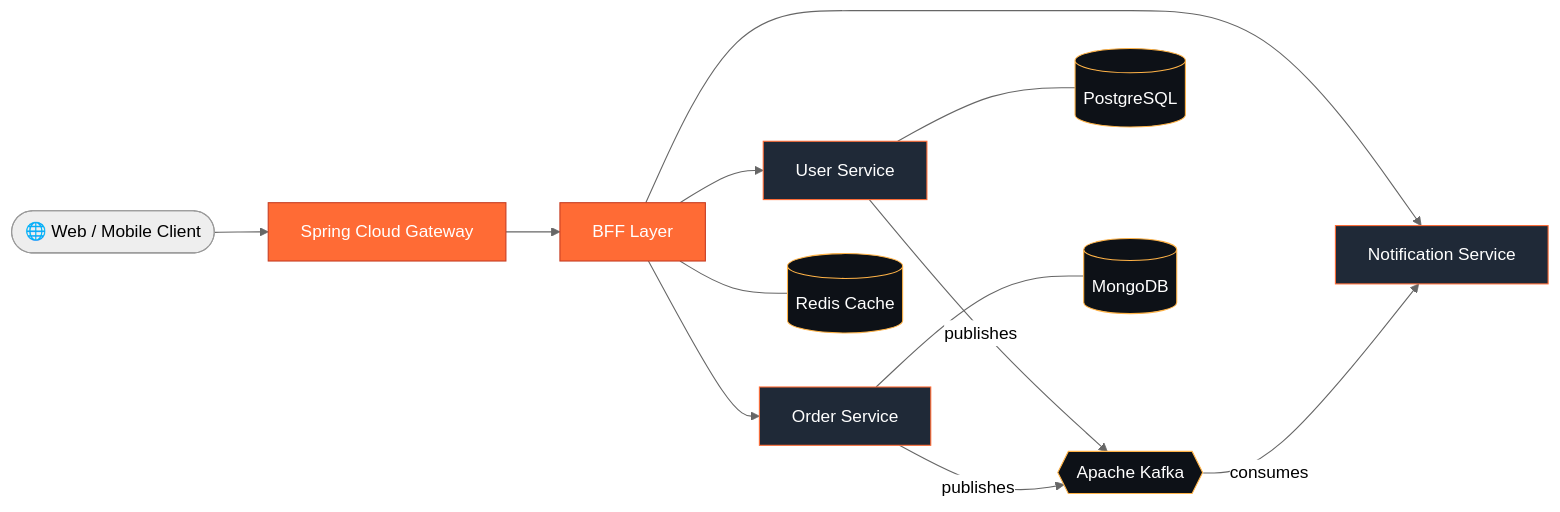
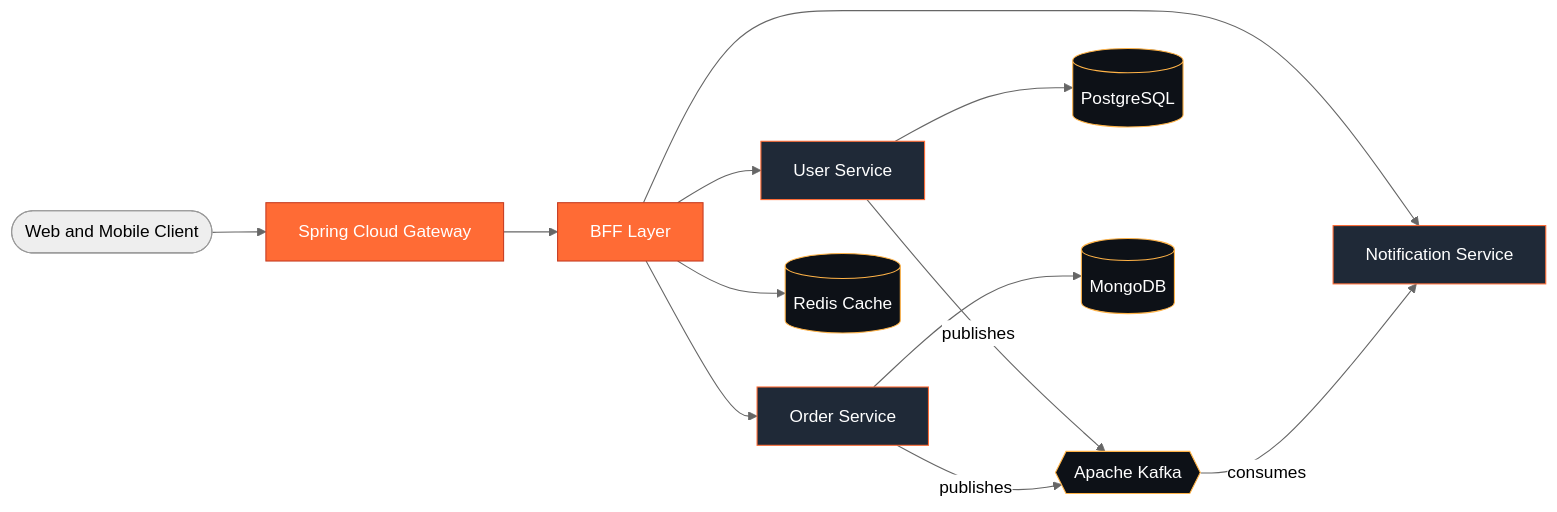
One commit to MengseuThoeng/MengseuThoeng changed the diagram in README.md. Above: the diagram before and after it, drawn with Mermaid (neutral theme). The commit also changed other lines of this file, not shown here.

````diff
--- a/README.md
+++ b/README.md
@@ -98,21 +98,21 @@
 ```mermaid
 flowchart LR
-    C([🌐 Web / Mobile Client]) --> GW[Spring Cloud Gateway]
-    GW --> BFF[BFF Layer]
-    BFF --> S1[User Service]
-    BFF --> S2[Order Service]
-    BFF --> S3[Notification Service]
-    S1 -- publishes --> K{{Apache Kafka}}
-    S2 -- publishes --> K
-    K -- consumes --> S3
-    S1 --- DB1[(PostgreSQL)]
-    S2 --- DB2[(MongoDB)]
-    BFF --- R[(Redis Cache)]
-
-    classDef edge fill:#ff6b35,stroke:#c63c22,color:#fff;
-    classDef svc fill:#1f2937,stroke:#ff6b35,color:#fff;
-    classDef data fill:#0d1117,stroke:#ffb347,color:#fff;
-    class GW,BFF edge;
-    class S1,S2,S3 svc;
-    class K,DB1,DB2,R data;
+    C(["Web and Mobile Client"]) --> GW["Spring Cloud Gateway"]
+    GW --> BFF["BFF Layer"]
+    BFF --> S1["User Service"]
+    BFF --> S2["Order Service"]
+    BFF --> S3["Notification Service"]
+    S1 -->|publishes| K{{"Apache Kafka"}}
+    S2 -->|publishes| K
+    K -->|consumes| S3
+    S1 --> DB1[("PostgreSQL")]
+    S2 --> DB2[("MongoDB")]
+    BFF --> R[("Redis Cache")]
+ 
+    classDef edge fill:#ff6b35,stroke:#c63c22,color:#ffffff
+    classDef svc fill:#1f2937,stroke:#ff6b35,color:#ffffff
+    classDef data fill:#0d1117,stroke:#ffb347,color:#ffffff
+    class GW,BFF edge
+    class S1,S2,S3 svc
+    class K,DB1,DB2,R data
 ```
````
